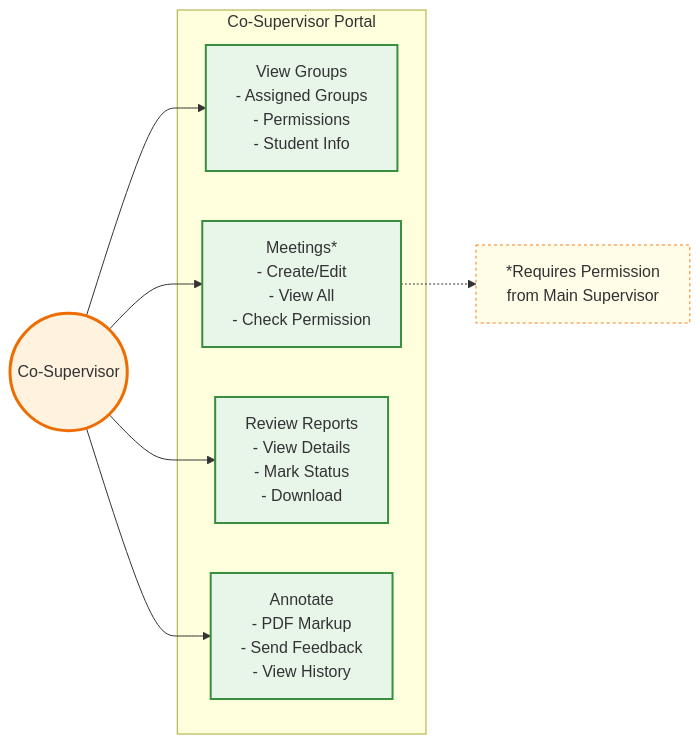
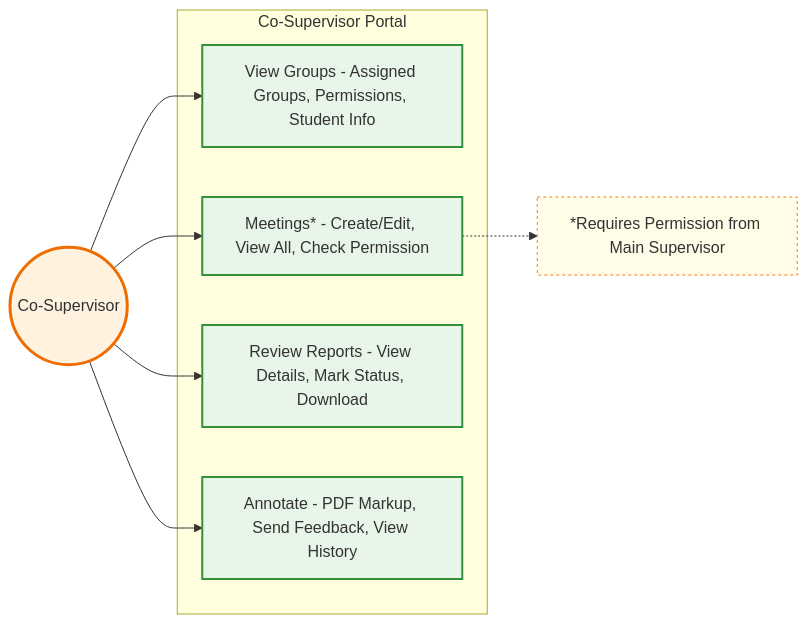
Before and after one commit to abdullah2323442/thesisrepo-backup: the third of 6 diagrams in documentation/roles/Co-Supervisor-use-case-diagram.md, drawn with Mermaid. The commit also changed other lines of this file and 5 other files, not shown here.

Commit message:
refactor(use-case-diagrams): Enhance readability of use case diagrams by simplifying text formatting across multiple roles

````diff
--- a/documentation/roles/Co-Supervisor-use-case-diagram.md
+++ b/documentation/roles/Co-Supervisor-use-case-diagram.md
@@ -122,32 +122,32 @@
 ```mermaid
 graph LR
     %% Actor
     CoSupervisor((Co-Supervisor))
     
     %% System Boundary
     subgraph System["Co-Supervisor Portal"]
         %% Core Use Cases
-        UC1[View Groups<br/>- Assigned Groups<br/>- Permissions<br/>- Student Info]
-        UC2[Meetings*<br/>- Create/Edit<br/>- View All<br/>- Check Permission]
-        UC3[Review Reports<br/>- View Details<br/>- Mark Status<br/>- Download]
-        UC4[Annotate<br/>- PDF Markup<br/>- Send Feedback<br/>- View History]
+        UC1["View Groups - Assigned Groups, Permissions, Student Info"]
+        UC2["Meetings* - Create/Edit, View All, Check Permission"]
+        UC3["Review Reports - View Details, Mark Status, Download"]
+        UC4["Annotate - PDF Markup, Send Feedback, View History"]
     end
     
     %% Connections
     CoSupervisor --> UC1
     CoSupervisor --> UC2
     CoSupervisor --> UC3
     CoSupervisor --> UC4
     
     %% Note
-    UC2 -.-> Note[*Requires Permission<br/>from Main Supervisor]
+    UC2 -.-> Note["*Requires Permission from Main Supervisor"]
     
     %% Styling
     classDef actor fill:#fff3e0,stroke:#ef6c00,stroke-width:3px
     classDef usecase fill:#e8f5e9,stroke:#388e3c,stroke-width:2px
     classDef note fill:#fffde7,stroke:#f57f17,stroke-width:1px,stroke-dasharray: 3 3
     
     class CoSupervisor actor
     class UC1,UC2,UC3,UC4 usecase
     class Note note
 ```
````
